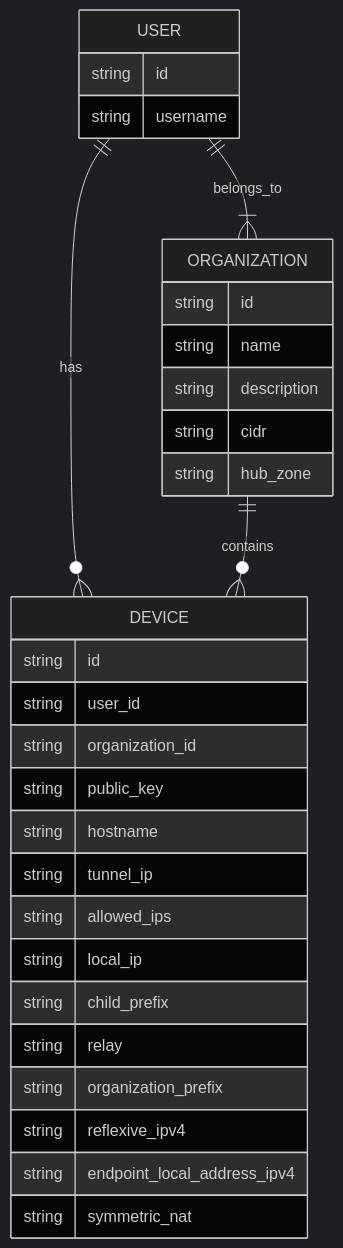
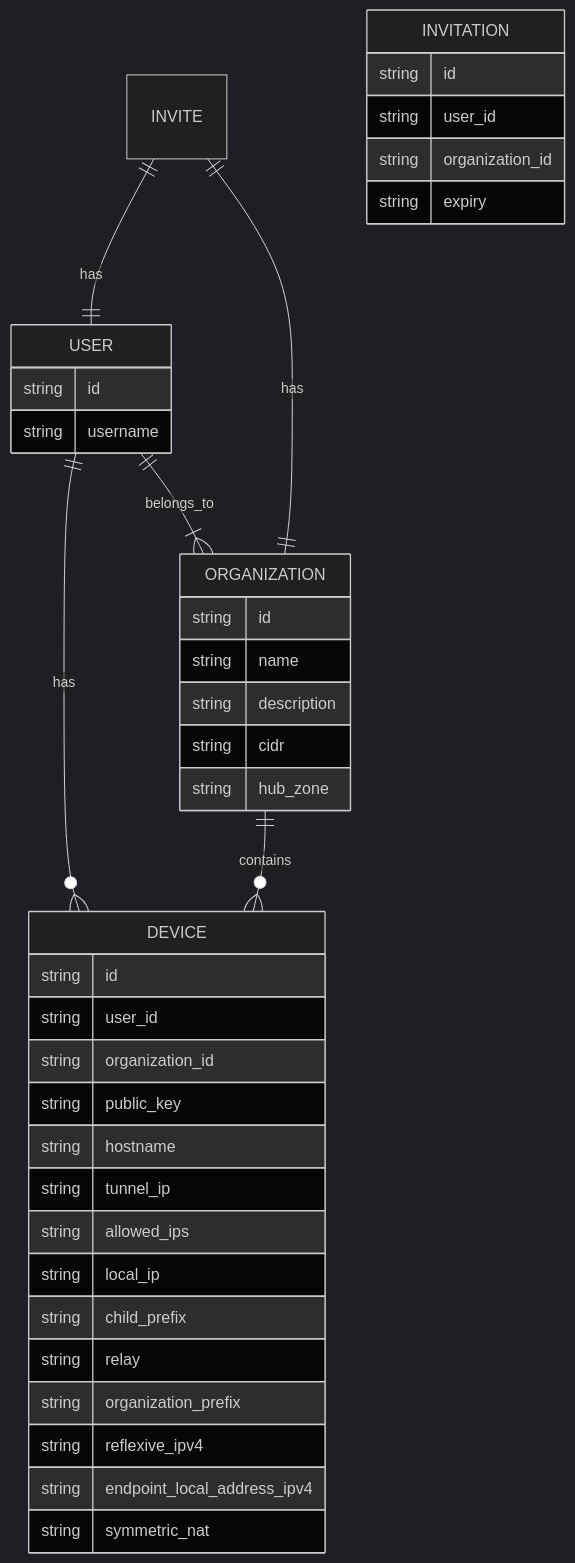
Before and after one commit to nexodus-io/nexodus: the second of 2 diagrams in docs/development/design/database.md, drawn with Mermaid (dark theme). The commit also changed other lines of this file and 22 other files, not shown here.

````diff
--- a/docs/development/design/database.md
+++ b/docs/development/design/database.md
@@ -77,33 +77,41 @@
 ```mermaid
 erDiagram
     USER ||--o{ DEVICE : has
     USER ||--|{ ORGANIZATION : belongs_to
     ORGANIZATION ||--o{ DEVICE: contains
+    INVITE ||--|| USER : has
+    INVITE ||--|| ORGANIZATION: has
     USER{
         string id
         string username
     }
     DEVICE{
         string id
         string user_id
         string organization_id
         string public_key
         string hostname
         string tunnel_ip
         string allowed_ips
         string local_ip
         string child_prefix
         string relay
         string organization_prefix
         string reflexive_ipv4
         string endpoint_local_address_ipv4
         string symmetric_nat
     }
     ORGANIZATION{
         string id
         string name
         string description
         string cidr
         string hub_zone
     }
+    INVITATION{
+        string id
+        string user_id
+        string organization_id
+        string expiry
+    }
 ```
````
